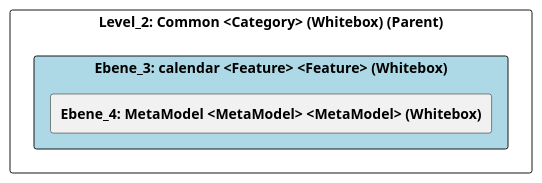
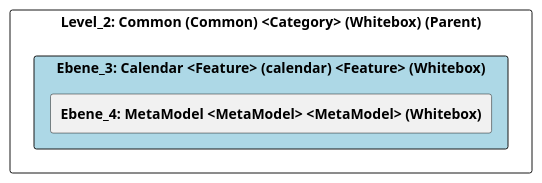
The diagram in doc/cleonproject_deliverables_architecture_model_architecture/adoc/de/05_bausteinsicht/cleon/common/calendar/ebene_3_calendar.adoc (marcozwyssig/cleon), drawn with PlantUML before and after one commit. The commit also changed other lines of this file and 166 other files, not shown here.

```diff
--- a/doc/cleonproject_deliverables_architecture_model_architecture/adoc/de/05_bausteinsicht/cleon/common/calendar/ebene_3_calendar.adoc
+++ b/doc/cleonproject_deliverables_architecture_model_architecture/adoc/de/05_bausteinsicht/cleon/common/calendar/ebene_3_calendar.adoc
@@ -20,26 +20,26 @@
-[plantuml, Ebene_3: calendar <Feature> <Feature> (Whitebox)BlockOverview, format="svg"]
+[plantuml, Ebene_3: Calendar <Feature> (calendar) <Feature> (Whitebox)BlockOverview, format="svg"]
 ----
-@startuml Ebene_3: calendar <Feature> <Feature> (Whitebox)BuildingBlockOverview
+@startuml Ebene_3: Calendar <Feature> (calendar) <Feature> (Whitebox)BuildingBlockOverview
 
 skinparam ranksep 10
 skinparam componentStyle rectangle
 skinparam shadowing false
 skinparam arrowColor lightblue
 skinparam arrowThickness 1.2
 skinparam rectangle {
   BackgroundColor White
   BorderColor #333
   RoundCorner 10
 }
 top to bottom direction
 
-component "Level_2: Common <Category> (Whitebox) (Parent)" {
-    component "Ebene_3: calendar <Feature> <Feature> (Whitebox)" #lightblue {
+component "Level_2: Common (Common) <Category> (Whitebox) (Parent)" {
+    component "Ebene_3: Calendar <Feature> (calendar) <Feature> (Whitebox)" #lightblue {
         [**Ebene_4: MetaModel <MetaModel> <MetaModel> (Whitebox)**] as 4A56DE53_D579_11EE_903E_9F564E4DE07E
     }
 
     
 }
 
 @enduml
 ----
```
